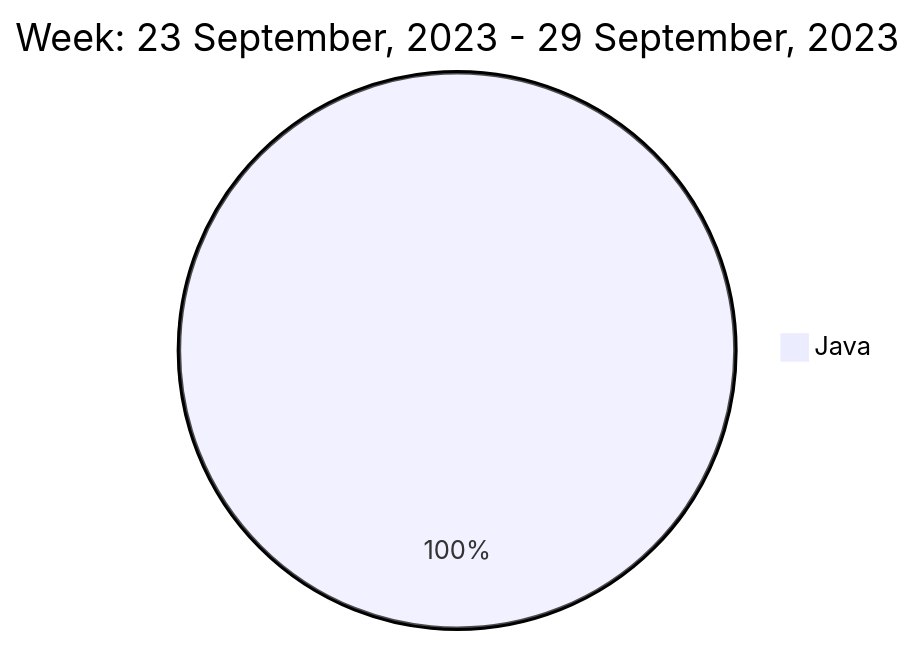
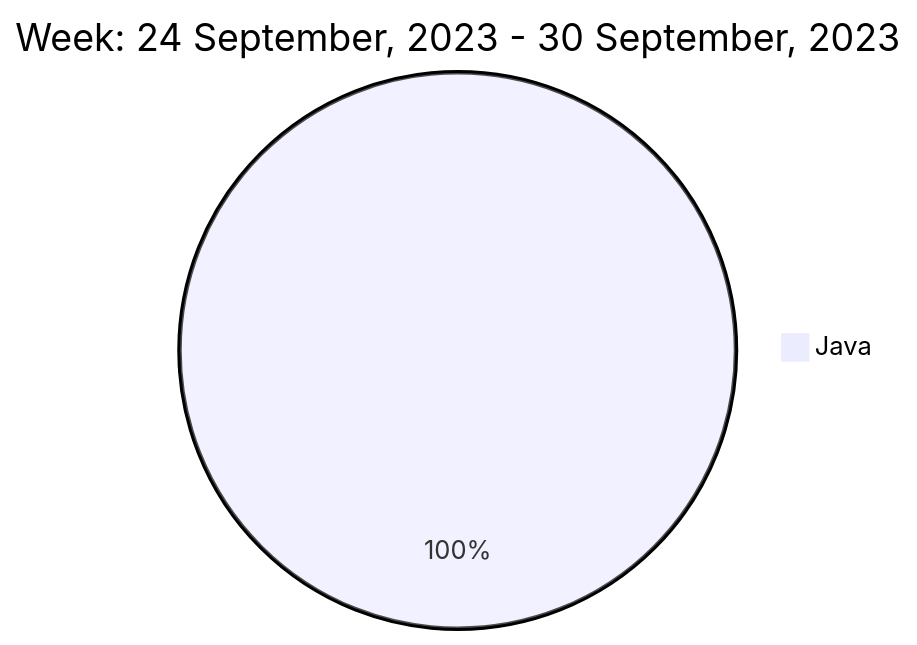
Before and after one commit to liubin95/liubin95: the diagram in README.md, drawn with Mermaid.

Commit message:
Updated the Graph with new Metrics

````diff
--- a/README.md
+++ b/README.md
@@ -40,5 +40,5 @@
 ```mermaid
  pie
-title Week: 23 September, 2023 - 29 September, 2023
+title Week: 24 September, 2023 - 30 September, 2023
  "Java" : 1.12
 ```
````
